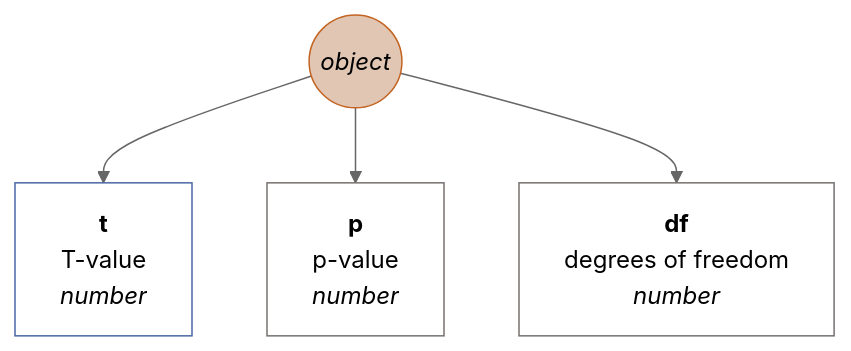
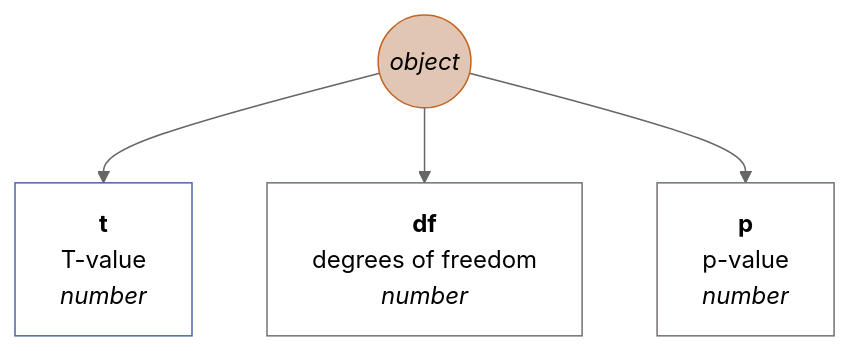
Diagram 39 of 45 in docs/en-GB.md (muzikp/retusa), drawn with Mermaid (neutral theme) before and after one commit. The commit also changed other lines of this file and 9 other files, not shown here.

````diff
--- a/docs/en-GB.md
+++ b/docs/en-GB.md
@@ -1468,16 +1567,16 @@
 ```mermaid
 graph TD
 ttestpair((<i>object</i>))
 style ttestpair fill:#E1C6B3;
 style ttestpair stroke:#C36422;
 ttestpair --> t[<b>t</b><br>T-value <br><i>number</i>]
 style t fill:#FFFFFF;
 style t stroke:#4967A4;
+ttestpair --> df[<b>df</b><br>degrees of freedom <br><i>number</i>]
+style df fill:#FFFFFF;
+style df stroke:#75716F;
 ttestpair --> p[<b>p</b><br>p-value <br><i>number</i>]
 style p fill:#FFFFFF;
 style p stroke:#75716F;
-ttestpair --> df[<b>df</b><br>degrees of freedom <br><i>number</i>]
-style df fill:#FFFFFF;
-style df stroke:#75716F;
 
 ```
````
